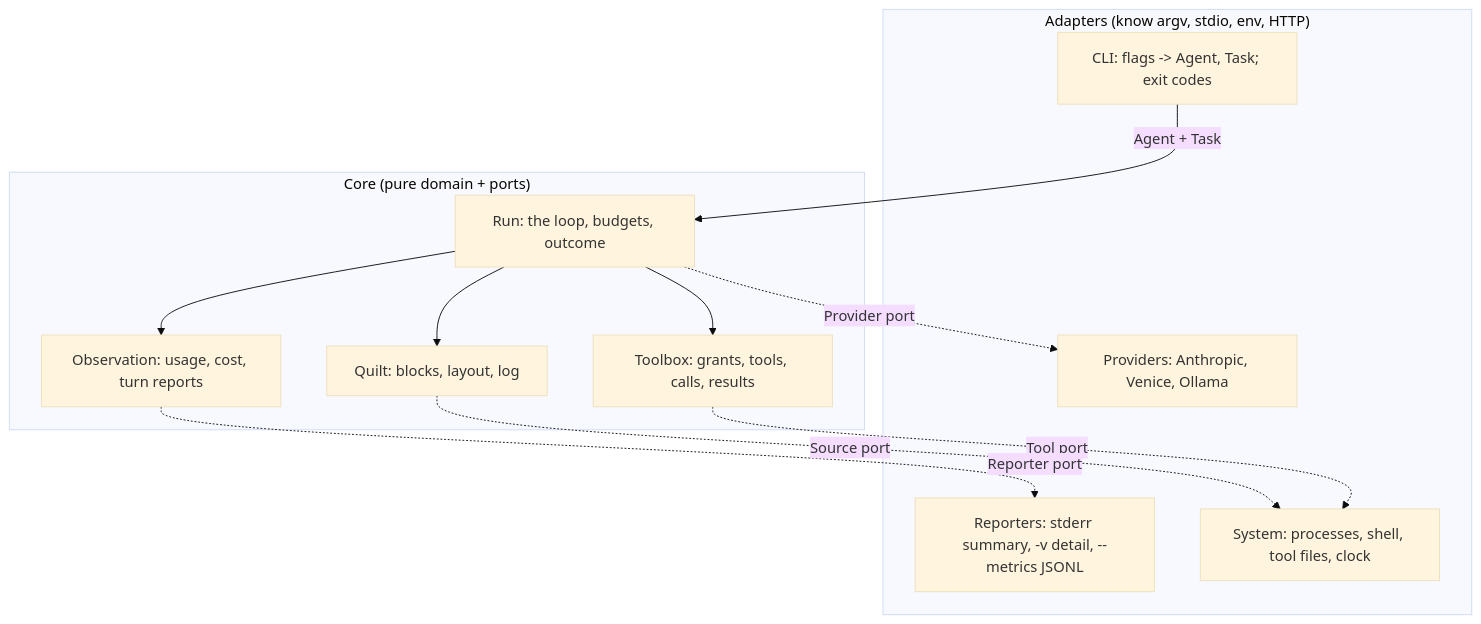
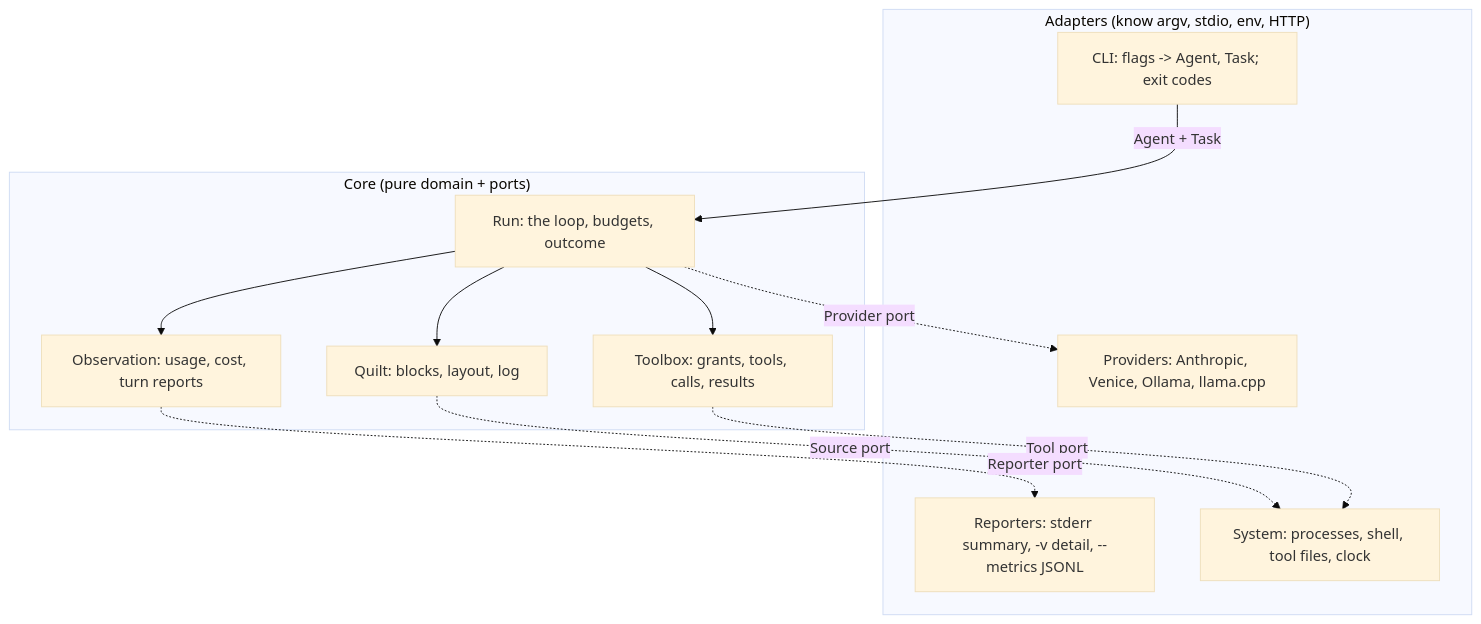
Before and after one commit to reccles/fussycat: the first of 4 diagrams in context/domain-design.spec.md, drawn with Mermaid (base theme). The commit also changed other lines of this file and 9 other files, not shown here.

````diff
--- a/context/domain-design.spec.md
+++ b/context/domain-design.spec.md
@@ -26,21 +26,21 @@
 ```mermaid
 flowchart TB
     subgraph Adapters["Adapters (know argv, stdio, env, HTTP)"]
         CLI["CLI: flags -> Agent, Task; exit codes"]
         Sink["Reporters: stderr summary, -v detail, --metrics JSONL"]
-        Prov["Providers: Anthropic, Venice, Ollama"]
+        Prov["Providers: Anthropic, Venice, Ollama, llama.cpp"]
         Sys["System: processes, shell, tool files, clock"]
     end
     subgraph Core["Core (pure domain + ports)"]
         Run["Run: the loop, budgets, outcome"]
         Q["Quilt: blocks, layout, log"]
         T["Toolbox: grants, tools, calls, results"]
         O["Observation: usage, cost, turn reports"]
     end
     CLI -- "Agent + Task" --> Run
     Run --> Q & T & O
     Run -. "Provider port" .-> Prov
     Q -. "Source port" .-> Sys
     T -. "Tool port" .-> Sys
     O -. "Reporter port" .-> Sink
 ```
````
